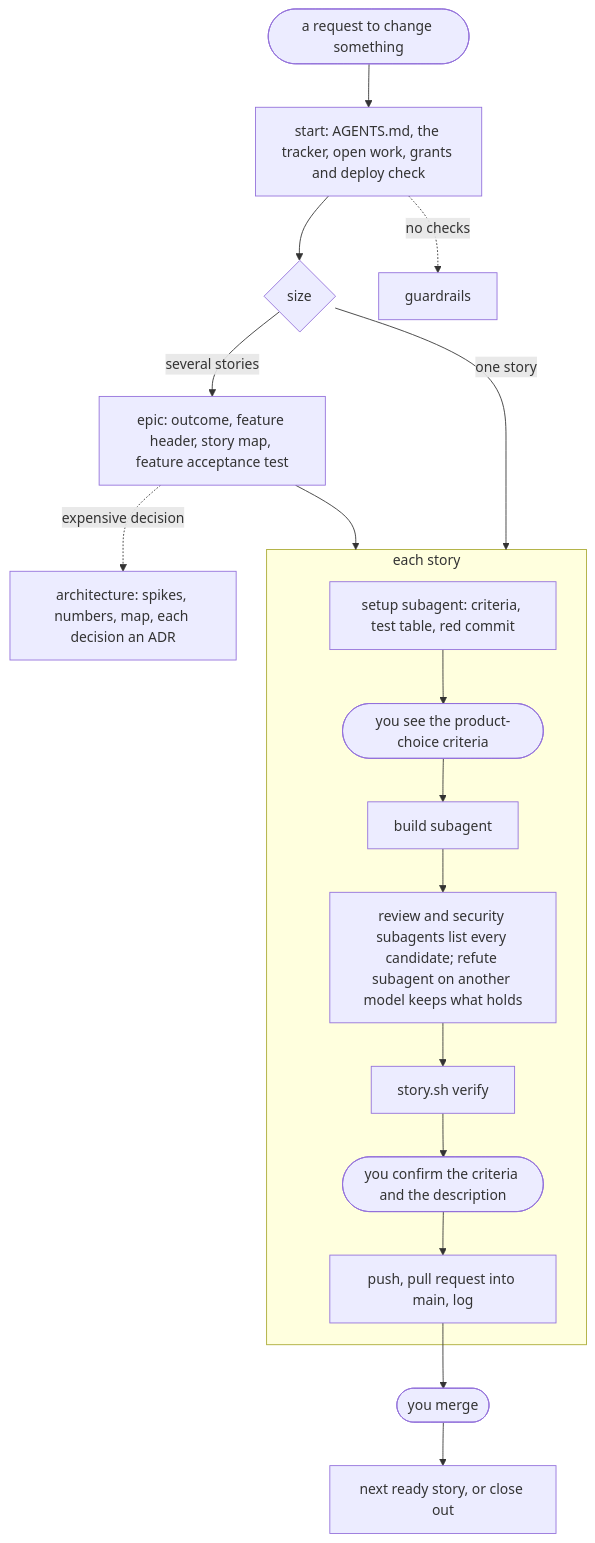
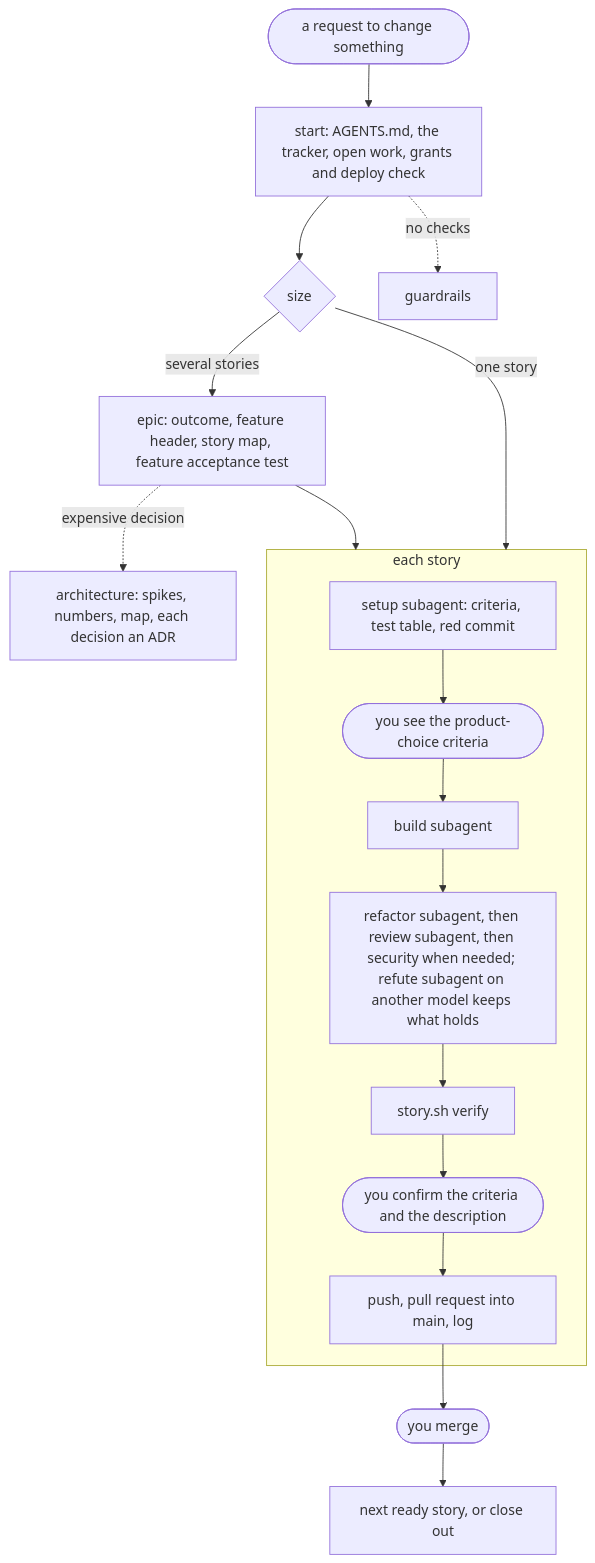
Before and after one commit to DaveBben/skills: the diagram in plugins/SDLC/README.md, drawn with Mermaid. The commit also changed other lines of this file and 8 other files, not shown here.

````diff
--- a/plugins/SDLC/README.md
+++ b/plugins/SDLC/README.md
@@ -39,16 +39,16 @@
 ```mermaid
 flowchart TD
     REQ([a request to change something]) --> ST[start: AGENTS.md, the tracker, open work, grants and deploy check]
     ST --> SZ{size}
     SZ -- several stories --> EP[epic: outcome, feature header, story map, feature acceptance test]
     EP -. expensive decision .-> ARC[architecture: spikes, numbers, map, each decision an ADR]
     EP --> STORY
     SZ -- one story --> STORY
 
     subgraph STORY [each story]
-      SET[setup subagent: criteria, test table, red commit] --> SHOW([you see the product-choice criteria]) --> BLD[build subagent] --> REV[review and security subagents list every candidate; refute subagent on another model keeps what holds] --> VER[story.sh verify] --> OK([you confirm the criteria and the description]) --> PR[push, pull request into main, log]
+      SET[setup subagent: criteria, test table, red commit] --> SHOW([you see the product-choice criteria]) --> BLD[build subagent] --> REV[refactor subagent, then review subagent, then security when needed; refute subagent on another model keeps what holds] --> VER[story.sh verify] --> OK([you confirm the criteria and the description]) --> PR[push, pull request into main, log]
     end
 
     PR --> MRG([you merge]) --> NEXT[next ready story, or close out]
     ST -. no checks .-> G[guardrails]
 ```
````
